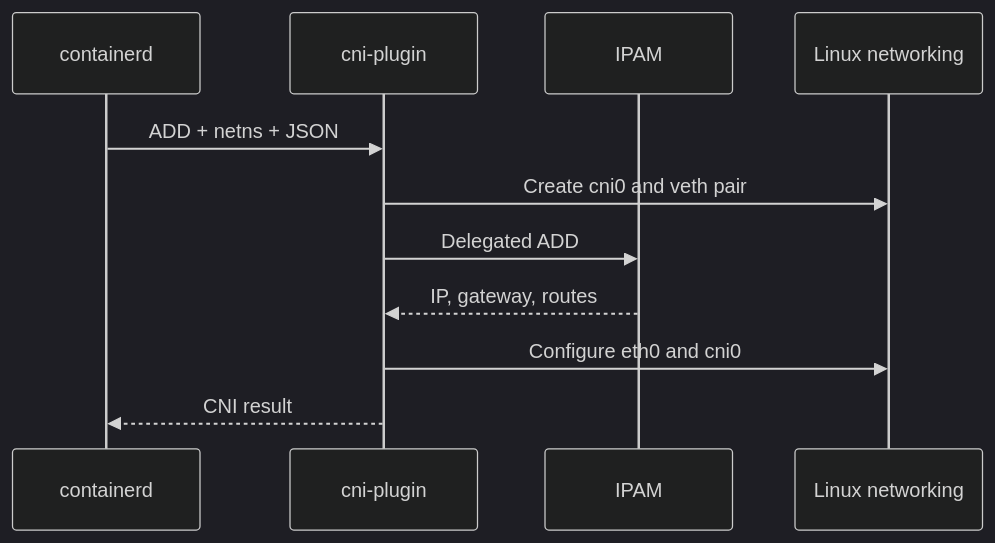
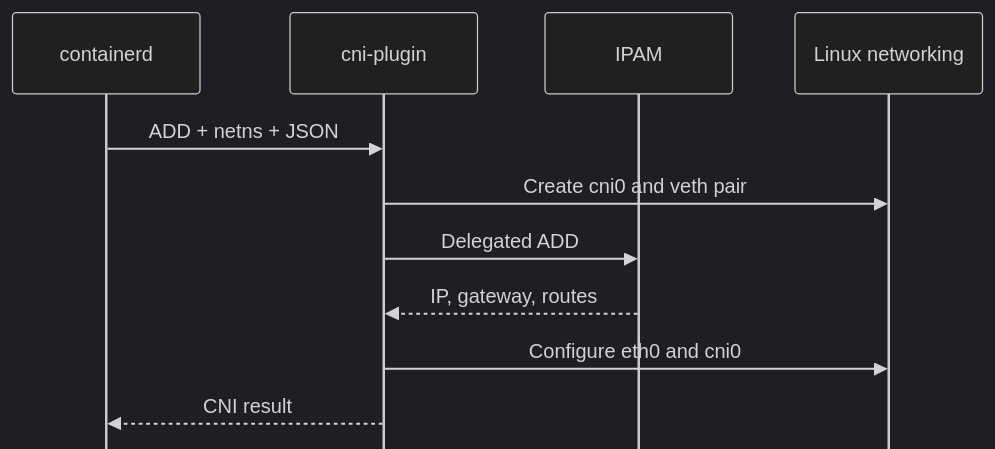
One commit to SRodi/srodi.github.io changed the second of 4 diagrams in _posts/2026-05-10-create-a-cni-plugin-from-scratch.md. Above: the diagram before and after it, drawn with Mermaid (dark theme). The commit also changed other lines of this file and 2 other files, not shown here.

Commit message:
Cni from scratch vxlan (#20)
* create VXLAN for CNI plugin from scratch
* cap code blocks to 32rem and fix prev post sequence mirror

````diff
--- a/_posts/2026-05-10-create-a-cni-plugin-from-scratch.md
+++ b/_posts/2026-05-10-create-a-cni-plugin-from-scratch.md
@@ -70,14 +70,15 @@
 ```mermaid
+%%{init: {'sequence': {'mirrorActors': false}}}%%
 sequenceDiagram
     participant R as containerd
     participant C as cni-plugin
     participant I as IPAM
     participant N as Linux networking
 
     R->>C: ADD + netns + JSON
     C->>N: Create cni0 and veth pair
     C->>I: Delegated ADD
     I-->>C: IP, gateway, routes
     C->>N: Configure eth0 and cni0
     C-->>R: CNI result
 ```
````
